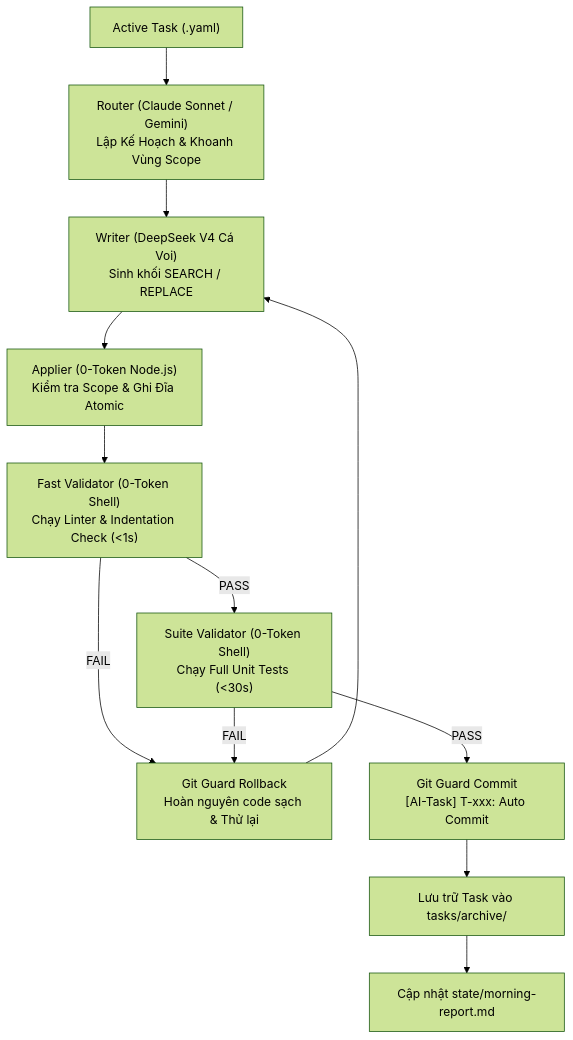
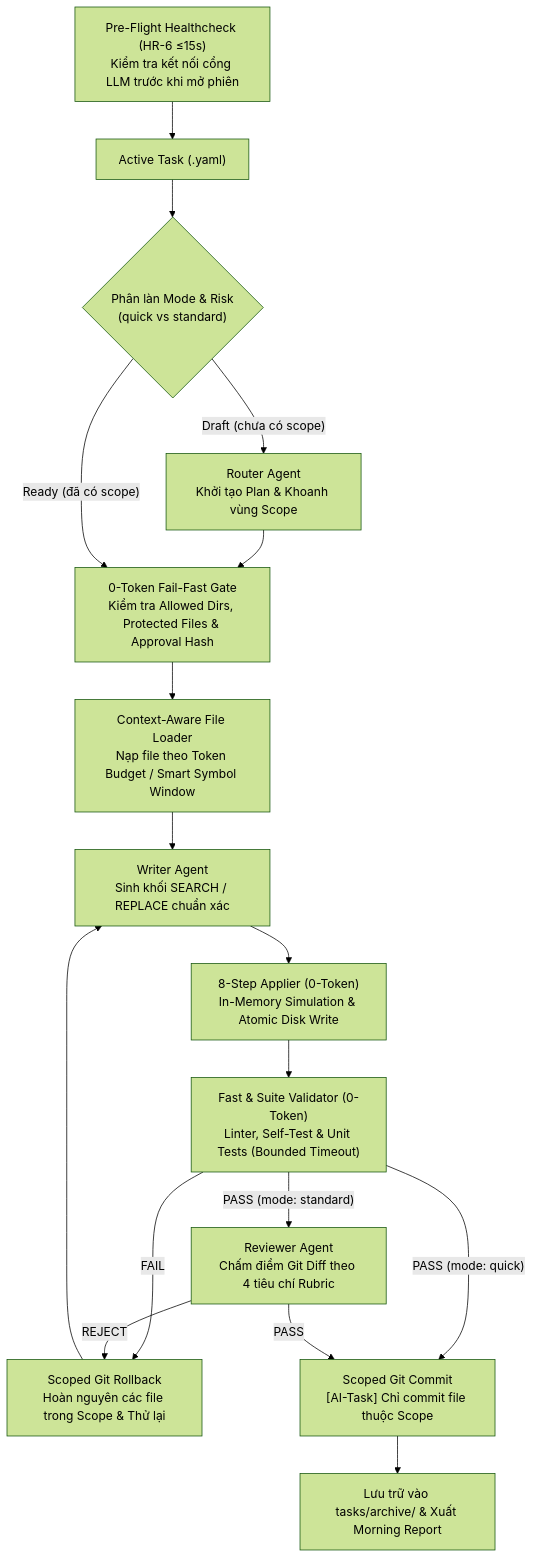
One commit to QuanHuynh123/minimal-agent-orchestrator changed the diagram in README.md. Above: the diagram before and after it, drawn with Mermaid (forest theme). The commit also changed other lines of this file and 4 other files, not shown here.

Commit message:
docs(agent-team): align README, BLUEPRINT, and OPERATIONAL_SPEC_V2.1 with mode-based v2.1 runtime

````diff
--- a/README.md
+++ b/README.md
@@ -40,14 +47,19 @@
 ```mermaid
 flowchart TD
-    Task["Active Task (.yaml)"] --> Router["Router (Claude Sonnet / Gemini)\nLập Kế Hoạch & Khoanh Vùng Scope"]
-    Router --> Writer["Writer (DeepSeek V4 Cá Voi)\nSinh khối SEARCH / REPLACE"]
-    Writer --> Applier["Applier (0-Token Node.js)\nKiểm tra Scope & Ghi Đĩa Atomic"]
-    Applier --> FastCheck["Fast Validator (0-Token Shell)\nChạy Linter & Indentation Check (<1s)"]
-    FastCheck -- "FAIL" --> Rollback["Git Guard Rollback\nHoàn nguyên code sạch & Thử lại"]
+    PreFlight["Pre-Flight Healthcheck (HR-6 ≤15s)\nKiểm tra kết nối cổng LLM trước khi mở phiên"] --> Task["Active Task (.yaml)"]
+    Task --> ModeCheck{"Phân làn Mode & Risk\n(quick vs standard)"}
+    ModeCheck -- "Draft (chưa có scope)" --> Router["Router Agent\nKhởi tạo Plan & Khoanh vùng Scope"]
+    Router --> Gate["0-Token Fail-Fast Gate\nKiểm tra Allowed Dirs, Protected Files & Approval Hash"]
+    ModeCheck -- "Ready (đã có scope)" --> Gate
+    Gate --> Context["Context-Aware File Loader\nNạp file theo Token Budget / Smart Symbol Window"]
+    Context --> Writer["Writer Agent\nSinh khối SEARCH / REPLACE chuẩn xác"]
+    Writer --> Applier["8-Step Applier (0-Token)\nIn-Memory Simulation & Atomic Disk Write"]
+    Applier --> Validator["Fast & Suite Validator (0-Token)\nLinter, Self-Test & Unit Tests (Bounded Timeout)"]
+    Validator -- "FAIL" --> Rollback["Scoped Git Rollback\nHoàn nguyên các file trong Scope & Thử lại"]
     Rollback --> Writer
-    FastCheck -- "PASS" --> SuiteCheck["Suite Validator (0-Token Shell)\nChạy Full Unit Tests (<30s)"]
-    SuiteCheck -- "FAIL" --> Rollback
-    SuiteCheck -- "PASS" --> Commit["Git Guard Commit\n[AI-Task] T-xxx: Auto Commit"]
-    Commit --> Archive["Lưu trữ Task vào tasks/archive/"]
-    Archive --> Report["Cập nhật state/morning-report.md"]
+    Validator -- "PASS (mode: quick)" --> Commit["Scoped Git Commit\n[AI-Task] Chỉ commit file thuộc Scope"]
+    Validator -- "PASS (mode: standard)" --> Reviewer["Reviewer Agent\nChấm điểm Git Diff theo 4 tiêu chí Rubric"]
+    Reviewer -- "REJECT" --> Rollback
+    Reviewer -- "PASS" --> Commit
+    Commit --> Archive["Lưu trữ vào tasks/archive/ & Xuất Morning Report"]
 ```
````
